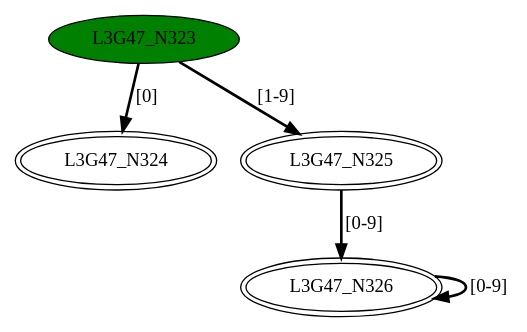
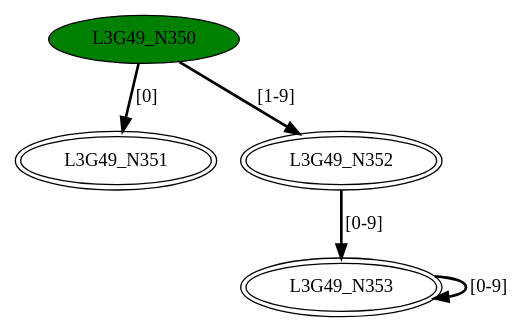
One commit to GDimitroulakos/EDUFLEX changed the diagram in DFASimulator/Testbench/mergeDFA3.dot. Above: the diagram before and after it, drawn with Graphviz. The commit also changed 52 other files, not shown here.

Commit message:
Identify loops in the thompson algorithm generated NFA and expose it via coloring in the graphviz NFA graph

```diff
--- a/DFASimulator/Testbench/mergeDFA3.dot
+++ b/DFASimulator/Testbench/mergeDFA3.dot
@@ -1,10 +1,10 @@
-digraph G47{
-"L3G47_N323" [style=filled,fillcolor=green];
-"L3G47_N324" [peripheries=2];
-"L3G47_N325" [peripheries=2];
-"L3G47_N326" [peripheries=2];
-"L3G47_N323"->"L3G47_N324" [style = bold, label = "[0]"];
-"L3G47_N323"->"L3G47_N325" [style = bold, label = "[1-9]"];
-"L3G47_N325"->"L3G47_N326" [style = bold, label = "[0-9]"];
-"L3G47_N326"->"L3G47_N326" [style = bold, label = "[0-9]"];
+digraph G49{
+"L3G49_N350" [style=filled,fillcolor=green];
+"L3G49_N351" [peripheries=2];
+"L3G49_N352" [peripheries=2];
+"L3G49_N353" [peripheries=2];
+"L3G49_N350"->"L3G49_N351" [style = bold, label = "[0]"];
+"L3G49_N350"->"L3G49_N352" [style = bold, label = "[1-9]"];
+"L3G49_N352"->"L3G49_N353" [style = bold, label = "[0-9]"];
+"L3G49_N353"->"L3G49_N353" [style = bold, label = "[0-9]"];
 }
```
